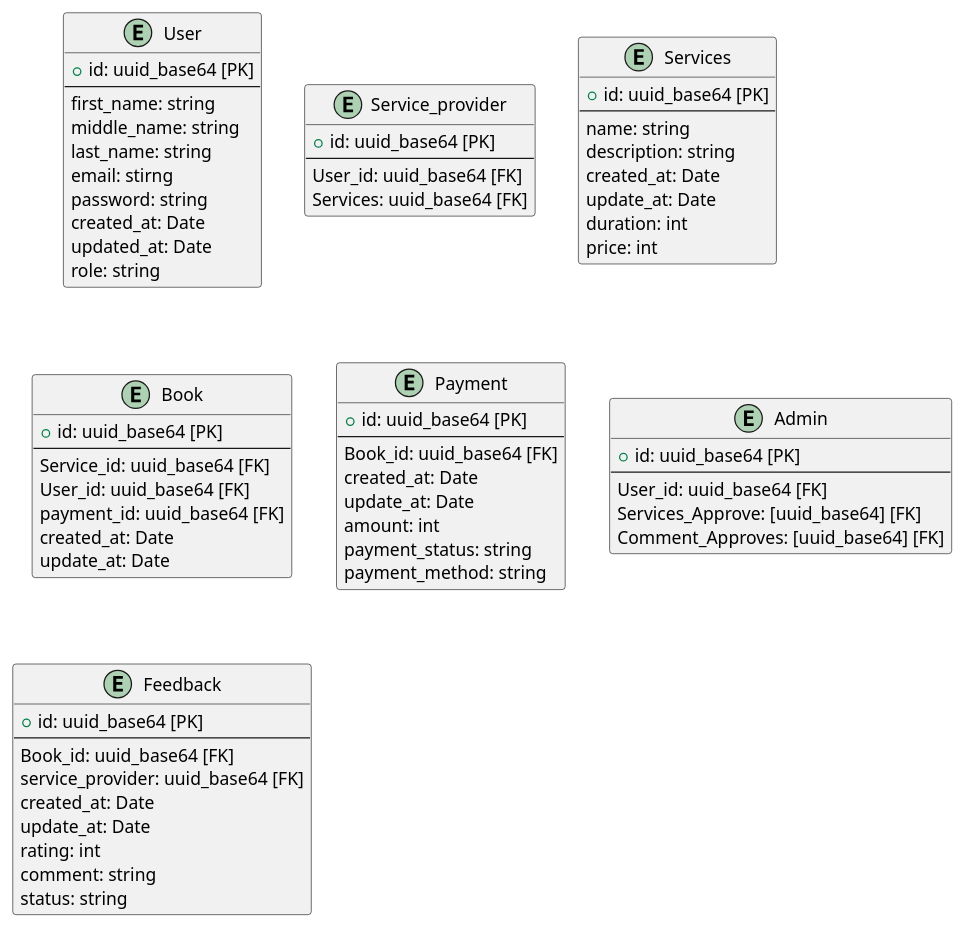
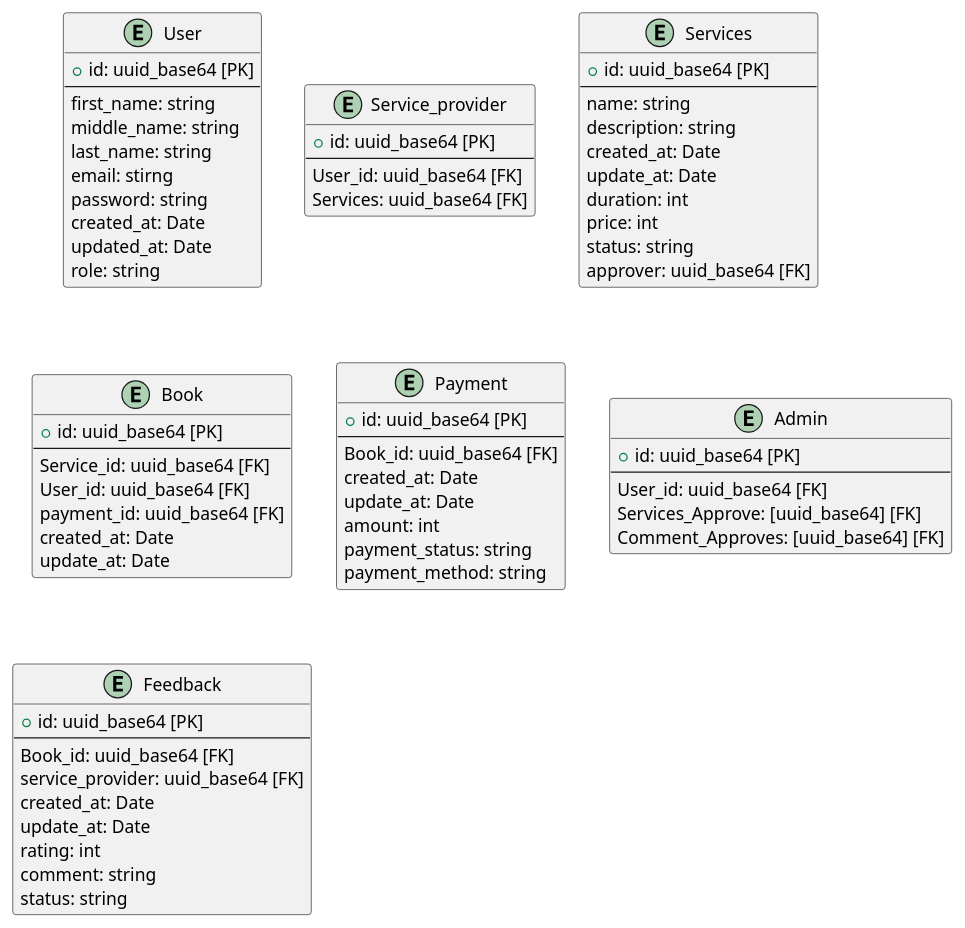
The diagram in ER-Diagram.plantuml (Nxwbtk/SA-Diagram), drawn with PlantUML before and after one commit. The commit also changed 10 other files, not shown here.

```diff
--- a/ER-Diagram.plantuml
+++ b/ER-Diagram.plantuml
@@ -1,73 +1,78 @@
 @startuml
 entity "User" as user {
 	+ id: uuid_base64 [PK]
 	--
 	first_name: string
 	middle_name: string
 	last_name: string
 	email: stirng
 	password: string
 	created_at: Date
 	updated_at: Date
 	role: string
 }
 
 entity "Service_provider" as sp {
 	+ id: uuid_base64 [PK]
 	--
 	User_id: uuid_base64 [FK]
 	Services: uuid_base64 [FK]
 }
 
 entity "Services" as service {
 	+ id: uuid_base64 [PK]
 	--
 	name: string
 	description: string
 	created_at: Date
 	update_at: Date
 	duration: int
 	price: int
+	status: string
+	approver: uuid_base64 [FK]
 }
 
 entity "Book" as book {
 	+ id: uuid_base64 [PK]
 	--
 	Service_id: uuid_base64 [FK]
 	User_id: uuid_base64 [FK]
 	payment_id: uuid_base64 [FK]
 	created_at: Date
 	update_at: Date
 }
 
 entity "Payment" as payment {
 	+ id: uuid_base64 [PK]
 	--
 	Book_id: uuid_base64 [FK]
 	created_at: Date
 	update_at: Date
 	amount: int
 	payment_status: string
 	payment_method: string
 }
 
 entity "Admin" as admin {
 	+ id: uuid_base64 [PK]
 	--
 	User_id: uuid_base64 [FK]
 	Services_Approve: [uuid_base64] [FK]
 	Comment_Approves: [uuid_base64] [FK]
 }
 
 entity "Feedback" as fb {
 	+ id: uuid_base64 [PK]
 	--
 	Book_id: uuid_base64 [FK]
 	service_provider: uuid_base64 [FK]
 	created_at: Date
 	update_at: Date
 	rating: int
 	comment: string
 	status: string
 }
+
+' entity
+
 @enduml
```
